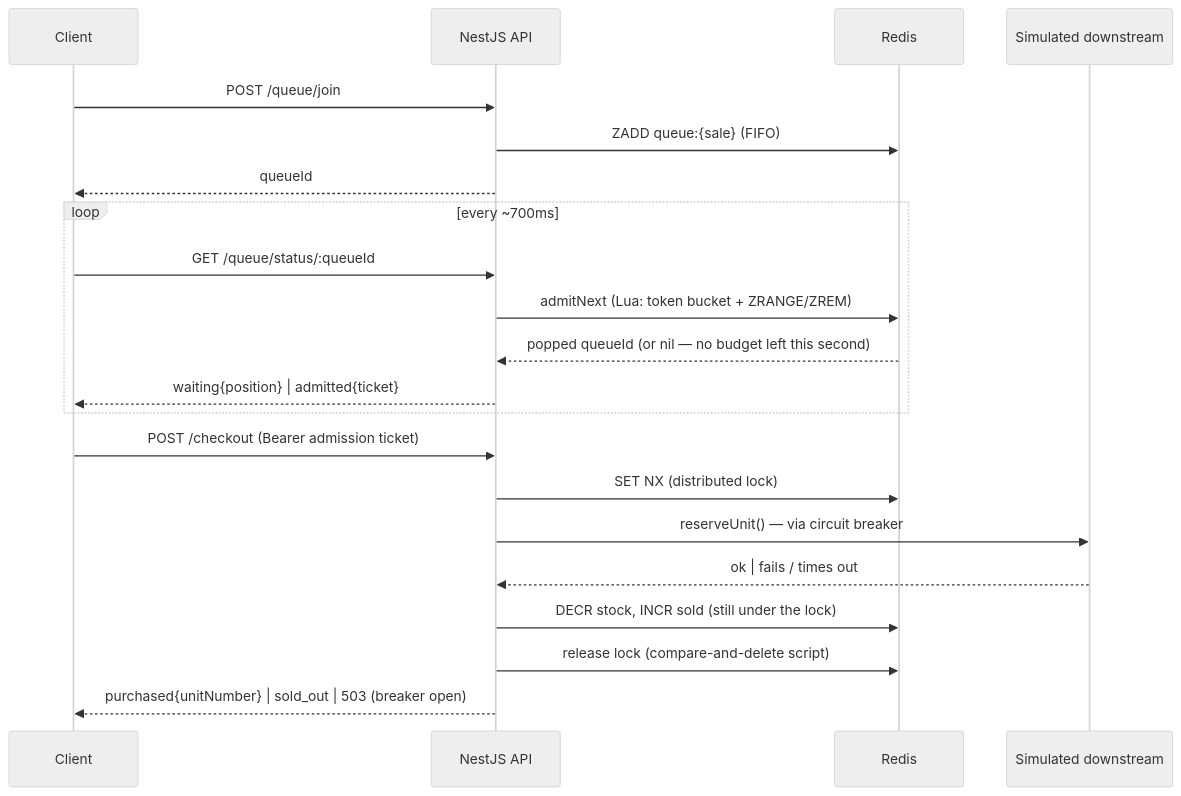
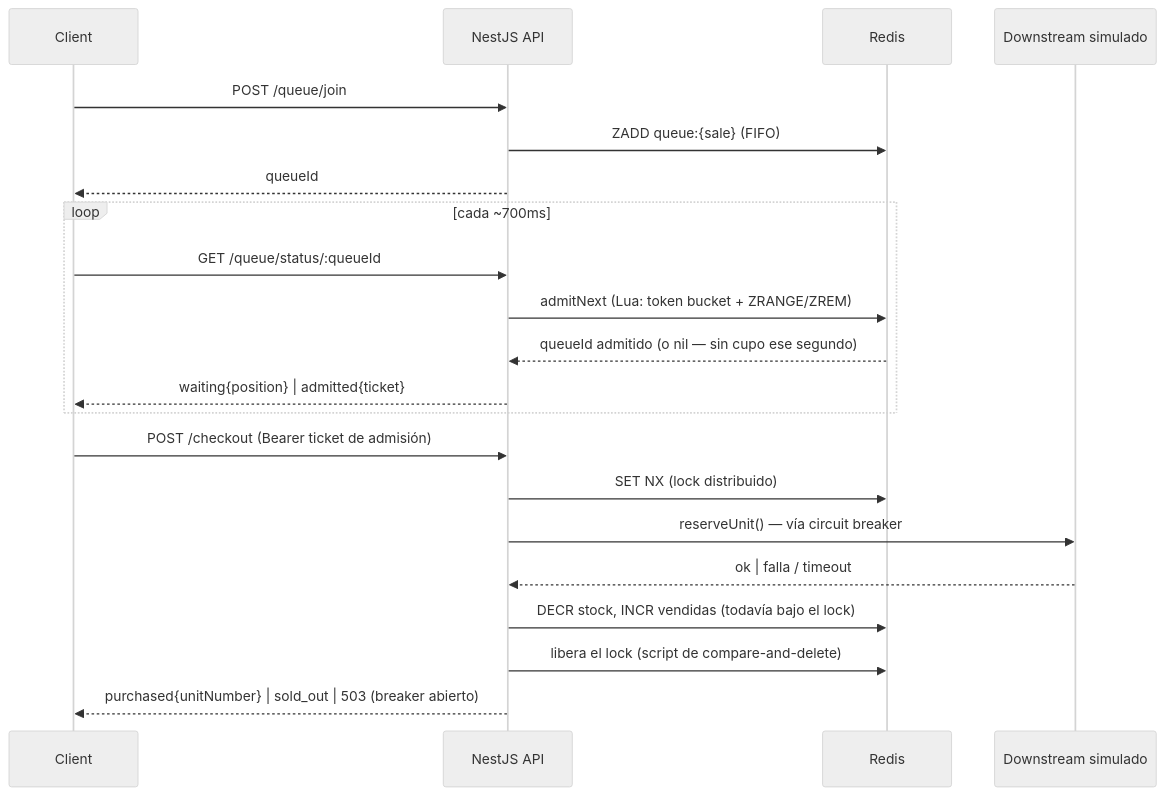
The diagram in README.md (pedroterraf/flash-sale-queue), drawn with Mermaid (neutral theme) before and after one commit. The commit also changed other lines of this file and 16 other files, not shown here.

````diff
--- a/README.md
+++ b/README.md
@@ -22,26 +22,26 @@
 ```mermaid
 sequenceDiagram
     participant Client
     participant API as NestJS API
     participant Redis
-    participant Downstream as Simulated downstream
+    participant Downstream as Downstream simulado
 
     Client->>API: POST /queue/join
     API->>Redis: ZADD queue:{sale} (FIFO)
     API-->>Client: queueId
 
-    loop every ~700ms
+    loop cada ~700ms
         Client->>API: GET /queue/status/:queueId
         API->>Redis: admitNext (Lua: token bucket + ZRANGE/ZREM)
-        Redis-->>API: popped queueId (or nil — no budget left this second)
+        Redis-->>API: queueId admitido (o nil — sin cupo ese segundo)
         API-->>Client: waiting{position} | admitted{ticket}
     end
 
-    Client->>API: POST /checkout (Bearer admission ticket)
-    API->>Redis: SET NX (distributed lock)
-    API->>Downstream: reserveUnit() — via circuit breaker
-    Downstream-->>API: ok | fails / times out
-    API->>Redis: DECR stock, INCR sold (still under the lock)
-    API->>Redis: release lock (compare-and-delete script)
-    API-->>Client: purchased{unitNumber} | sold_out | 503 (breaker open)
+    Client->>API: POST /checkout (Bearer ticket de admisión)
+    API->>Redis: SET NX (lock distribuido)
+    API->>Downstream: reserveUnit() — vía circuit breaker
+    Downstream-->>API: ok | falla / timeout
+    API->>Redis: DECR stock, INCR vendidas (todavía bajo el lock)
+    API->>Redis: libera el lock (script de compare-and-delete)
+    API-->>Client: purchased{unitNumber} | sold_out | 503 (breaker abierto)
 ```
````
